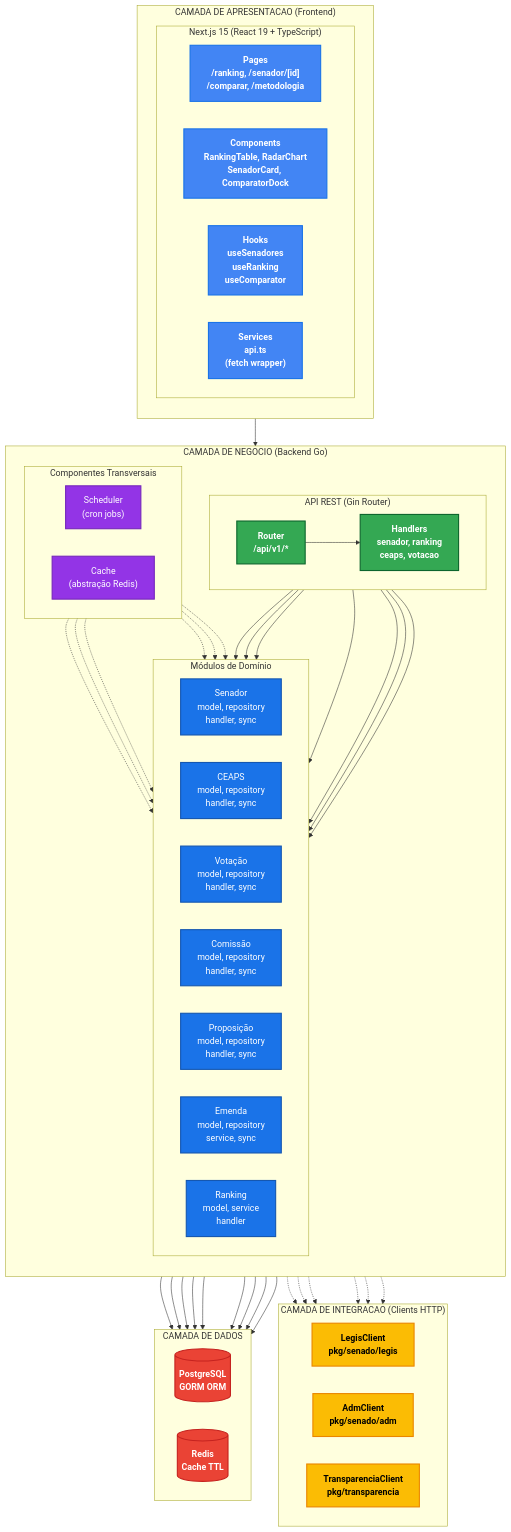
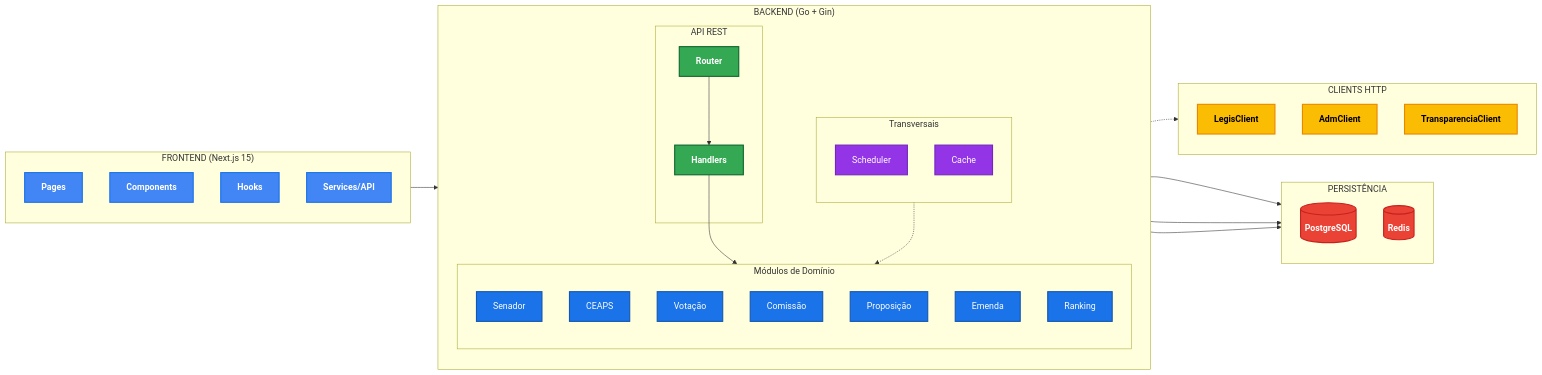
Before and after one commit to Alzarus/tcc-escrita: the diagram in docs/diagramas/diagrama_componentes.mmd, drawn with Mermaid. The commit also changed 5 other files, not shown here.

Commit message:
docs: melhora legibilidade dos diagramas UML e padroniza nomenclatura

```diff
--- a/docs/diagramas/diagrama_componentes.mmd
+++ b/docs/diagramas/diagrama_componentes.mmd
@@ -1,121 +1,85 @@
-flowchart TB
+flowchart LR
     %% ==========================================
     %% DIAGRAMA DE COMPONENTES - Tô De Olho
-    %% Arquitetura de software do sistema
+    %% Versão horizontal para melhor legibilidade
     %% ==========================================
 
     %% Estilos
     classDef frontend fill:#4285f4,stroke:#1a73e8,stroke-width:2px,color:white,font-weight:bold;
     classDef backend fill:#34a853,stroke:#0d652d,stroke-width:2px,color:white,font-weight:bold;
     classDef modulo fill:#1a73e8,stroke:#1557b0,stroke-width:2px,color:white;
     classDef externo fill:#fbbc04,stroke:#ea8600,stroke-width:2px,color:black,font-weight:bold;
     classDef dados fill:#ea4335,stroke:#c5221f,stroke-width:2px,color:white,font-weight:bold;
     classDef transversal fill:#9334e6,stroke:#7627bb,stroke-width:2px,color:white;
 
     %% ==========================================
     %% CAMADA DE APRESENTAÇÃO
     %% ==========================================
-    subgraph Apresentacao ["CAMADA DE APRESENTACAO (Frontend)"]
+    subgraph Apresentacao ["FRONTEND (Next.js 15)"]
         direction TB
-        
-        subgraph NextJS ["Next.js 15 (React 19 + TypeScript)"]
-            direction LR
-            Pages["Pages<br/>/ranking, /senador/[id]<br/>/comparar, /metodologia"]:::frontend
-            Components["Components<br/>RankingTable, RadarChart<br/>SenadorCard, ComparatorDock"]:::frontend
-            Hooks["Hooks<br/>useSenadores<br/>useRanking<br/>useComparator"]:::frontend
-            Services["Services<br/>api.ts<br/>(fetch wrapper)"]:::frontend
-        end
+        Pages["Pages"]:::frontend
+        Components["Components"]:::frontend
+        Hooks["Hooks"]:::frontend
+        Services["Services/API"]:::frontend
     end
 
     %% ==========================================
     %% CAMADA DE NEGÓCIO
     %% ==========================================
-    subgraph Negocio ["CAMADA DE NEGOCIO (Backend Go)"]
+    subgraph Negocio ["BACKEND (Go + Gin)"]
         direction TB
         
-        subgraph API ["API REST (Gin Router)"]
-            direction LR
-            Router["Router<br/>/api/v1/*"]:::backend
-            Handlers["Handlers<br/>senador, ranking<br/>ceaps, votacao"]:::backend
+        subgraph API ["API REST"]
+            Router["Router"]:::backend
+            Handlers["Handlers"]:::backend
         end
 
         subgraph Modulos ["Módulos de Domínio"]
-            direction LR
-            ModSenador["Senador<br/>model, repository<br/>handler, sync"]:::modulo
-            ModCEAPS["CEAPS<br/>model, repository<br/>handler, sync"]:::modulo
-            ModVotacao["Votação<br/>model, repository<br/>handler, sync"]:::modulo
-            ModComissao["Comissão<br/>model, repository<br/>handler, sync"]:::modulo
-            ModProposicao["Proposição<br/>model, repository<br/>handler, sync"]:::modulo
-            ModEmenda["Emenda<br/>model, repository<br/>service, sync"]:::modulo
-            ModRanking["Ranking<br/>model, service<br/>handler"]:::modulo
+            direction TB
+            ModSenador["Senador"]:::modulo
+            ModCEAPS["CEAPS"]:::modulo
+            ModVotacao["Votação"]:::modulo
+            ModComissao["Comissão"]:::modulo
+            ModProposicao["Proposição"]:::modulo
+            ModEmenda["Emenda"]:::modulo
+            ModRanking["Ranking"]:::modulo
         end
 
-        subgraph Transversais ["Componentes Transversais"]
-            direction LR
-            Scheduler["Scheduler<br/>(cron jobs)"]:::transversal
-            Cache["Cache<br/>(abstração Redis)"]:::transversal
+        subgraph Transversais ["Transversais"]
+            direction TB
+            Scheduler["Scheduler"]:::transversal
+            Cache["Cache"]:::transversal
         end
     end
 
     %% ==========================================
     %% CAMADA DE INTEGRAÇÃO
     %% ==========================================
-    subgraph Integracao ["CAMADA DE INTEGRACAO (Clients HTTP)"]
-        direction LR
-        LegisClient["LegisClient<br/>pkg/senado/legis"]:::externo
-        AdmClient["AdmClient<br/>pkg/senado/adm"]:::externo
-        TranspClient["TransparenciaClient<br/>pkg/transparencia"]:::externo
+    subgraph Integracao ["CLIENTS HTTP"]
+        direction TB
+        LegisClient["LegisClient"]:::externo
+        AdmClient["AdmClient"]:::externo
+        TranspClient["TransparenciaClient"]:::externo
     end
 
     %% ==========================================
     %% CAMADA DE DADOS
     %% ==========================================
-    subgraph Dados ["CAMADA DE DADOS"]
-        direction LR
-        PostgreSQL[("PostgreSQL<br/>GORM ORM")]:::dados
-        Redis[("Redis<br/>Cache TTL")]:::dados
+    subgraph Dados ["PERSISTÊNCIA"]
+        direction TB
+        PostgreSQL[("PostgreSQL")]:::dados
+        Redis[("Redis")]:::dados
     end
 
     %% ==========================================
-    %% CONEXÕES
+    %% CONEXÕES PRINCIPAIS
     %% ==========================================
     
-    %% Frontend -> Backend
     Services --> Router
-
-    %% Router -> Handlers
     Router --> Handlers
-    Handlers --> ModSenador
-    Handlers --> ModCEAPS
-    Handlers --> ModVotacao
-    Handlers --> ModComissao
-    Handlers --> ModProposicao
-    Handlers --> ModEmenda
-    Handlers --> ModRanking
-
-    %% Módulos -> Dados
-    ModSenador --> PostgreSQL
-    ModCEAPS --> PostgreSQL
-    ModVotacao --> PostgreSQL
-    ModComissao --> PostgreSQL
-    ModProposicao --> PostgreSQL
-    ModEmenda --> PostgreSQL
-    ModRanking --> PostgreSQL
+    Handlers --> Modulos
+    Modulos --> PostgreSQL
     ModRanking --> Redis
     Cache --> Redis
-
-    %% Scheduler -> Sync
-    Scheduler -.-> ModSenador
-    Scheduler -.-> ModCEAPS
-    Scheduler -.-> ModVotacao
-    Scheduler -.-> ModComissao
-    Scheduler -.-> ModProposicao
-    Scheduler -.-> ModEmenda
-
-    %% Sync -> Clients
-    ModSenador -.-> LegisClient
-    ModVotacao -.-> LegisClient
-    ModComissao -.-> LegisClient
-    ModProposicao -.-> LegisClient
-    ModCEAPS -.-> AdmClient
-    ModEmenda -.-> TranspClient
+    Scheduler -.-> Modulos
+    Modulos -.-> Integracao
```
